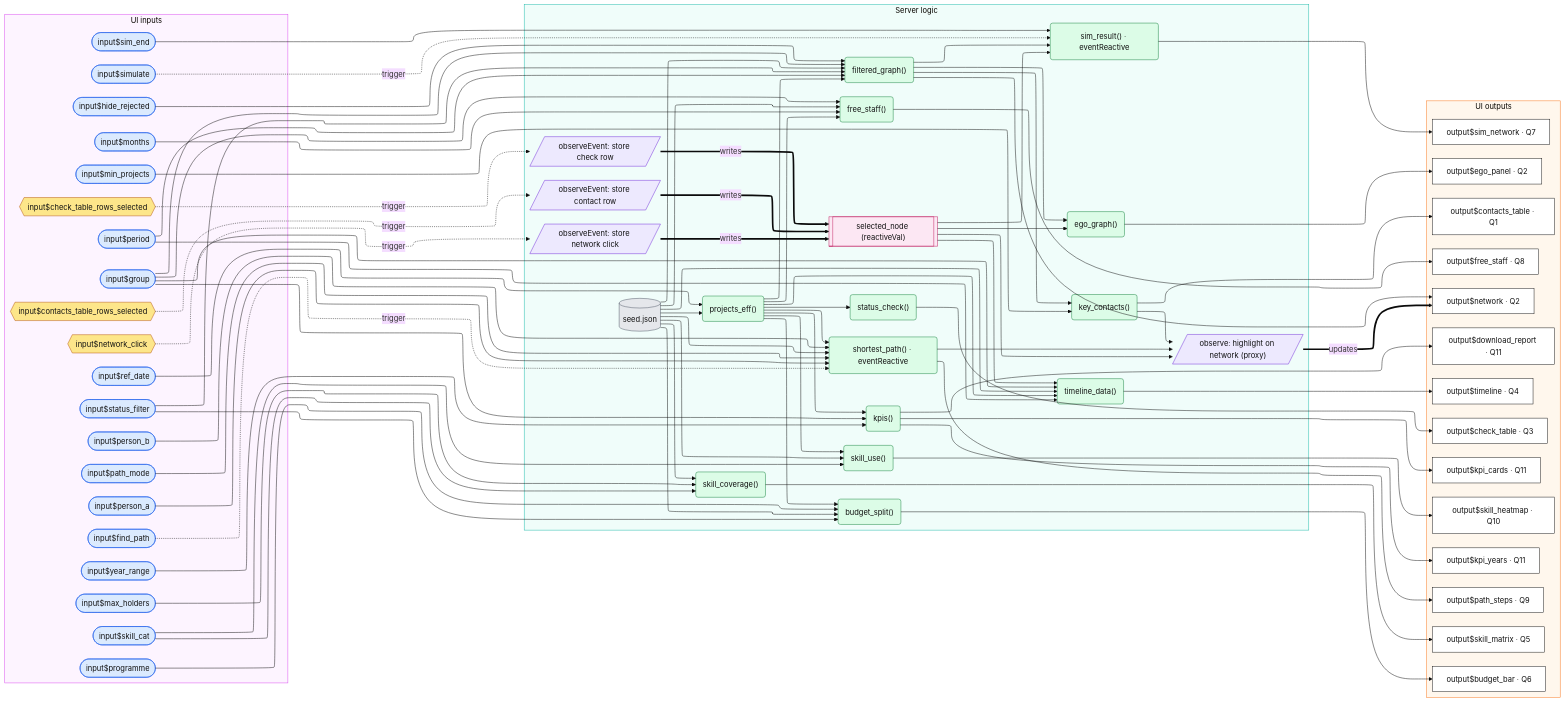
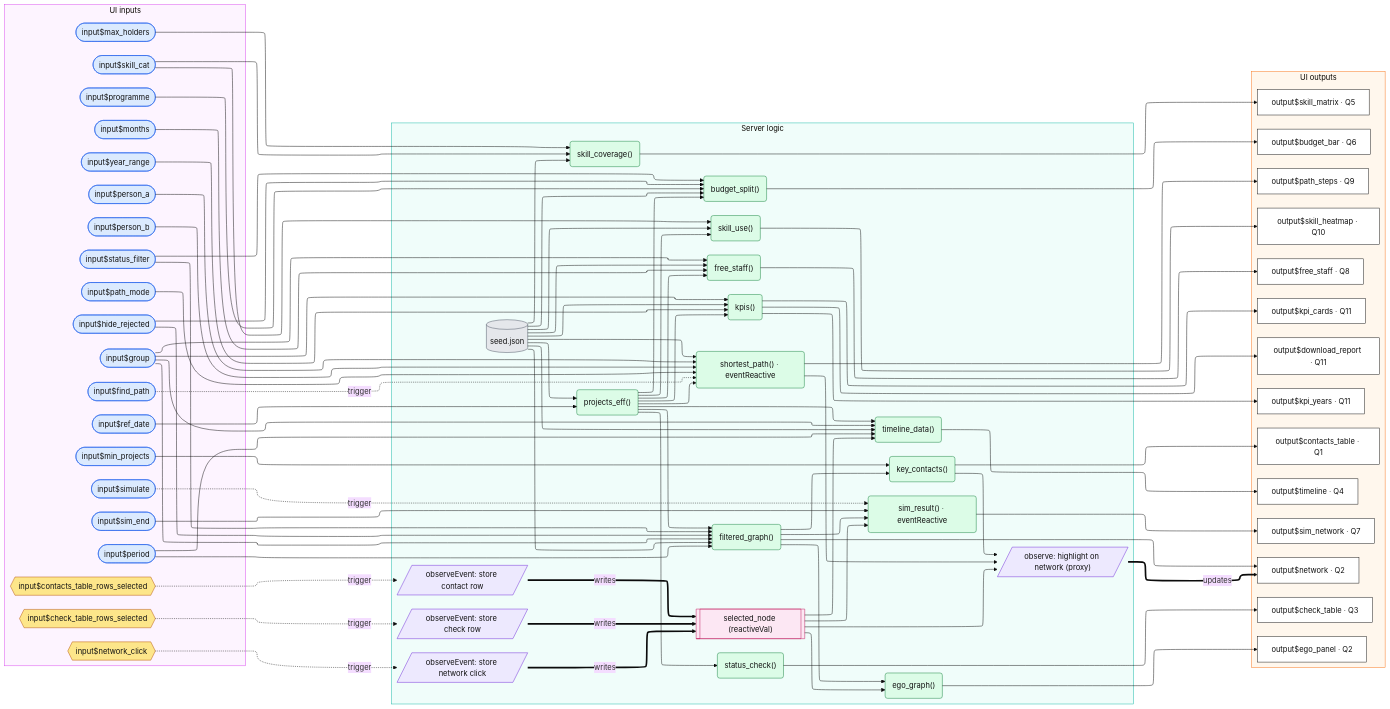
Before and after one commit to Patrick-Ngibuini/Organisational-dashboard-R3: the diagram in docs/app_diagram.mmd, drawn with Mermaid (base theme). The commit also changed 8 other files, not shown here.

```diff
--- a/docs/app_diagram.mmd
+++ b/docs/app_diagram.mmd
@@ -1,179 +1,181 @@
 ---
 config:
   layout: elk
 ---
 flowchart LR
   subgraph UI_IN["UI inputs"]
     I_ref(["input$ref_date"])
     I_rej(["input$hide_rejected"])
     I_stat(["input$status_filter"])
     I_per(["input$period"])
     I_grp(["input$group"])
     I_minp(["input$min_projects"])
     I_cat(["input$skill_cat"])
     I_maxh(["input$max_holders"])
     I_prog(["input$programme"])
     I_send(["input$sim_end"])
     I_sim(["input$simulate"])
     I_mon(["input$months"])
     I_pa(["input$person_a"])
     I_pb(["input$person_b"])
     I_mode(["input$path_mode"])
     I_find(["input$find_path"])
     I_yr(["input$year_range"])
     E_net{{"input$network_click"}}
     E_ct{{"input$contacts_table_rows_selected"}}
     E_ck{{"input$check_table_rows_selected"}}
   end
 
   subgraph SERVER["Server logic"]
     D_seed[("seed.json")]
     R_eff("projects_eff()")
     R_fg("filtered_graph()")
     O_net[/"observeEvent: store network click"/]
     O_ct[/"observeEvent: store contact row"/]
     O_ck[/"observeEvent: store check row"/]
     S_sel[["selected_node (reactiveVal)"]]
     O_hl[/"observe: highlight on network (proxy)"/]
     R_kc("key_contacts()")
     R_ego("ego_graph()")
     R_chk("status_check()")
     R_tl("timeline_data()")
     R_sk("skill_coverage()")
     R_bud("budget_split()")
     R_sim("sim_result() · eventReactive")
     R_free("free_staff()")
     R_path("shortest_path() · eventReactive")
     R_use("skill_use()")
     R_kpi("kpis()")
   end
 
   subgraph UI_OUT["UI outputs"]
     P_net["output$network · Q2"]
     P_ego["output$ego_panel · Q2"]
     P_ct["output$contacts_table · Q1"]
     P_ck["output$check_table · Q3"]
     P_tl["output$timeline · Q4"]
     P_sk["output$skill_matrix · Q5"]
     P_bud["output$budget_bar · Q6"]
     P_sim["output$sim_network · Q7"]
     P_free["output$free_staff · Q8"]
     P_path["output$path_steps · Q9"]
     P_use["output$skill_heatmap · Q10"]
     P_kpi["output$kpi_cards · Q11"]
     P_yrs["output$kpi_years · Q11"]
     P_dl["output$download_report · Q11"]
   end
 
   %% shared backbone
   D_seed --> R_eff
   I_ref --> R_eff
   D_seed --> R_fg
   R_eff --> R_fg
   I_rej --> R_fg
   I_stat --> R_fg
   I_per --> R_fg
   I_grp --> R_fg
   R_fg --> P_net
 
   %% shared selection (events -> observers -> state)
   E_net -.->|trigger| O_net
   E_ct -.->|trigger| O_ct
   E_ck -.->|trigger| O_ck
   O_net ==>|writes| S_sel
   O_ct ==>|writes| S_sel
   O_ck ==>|writes| S_sel
   S_sel --> O_hl
   R_kc --> O_hl
   R_path --> O_hl
   O_hl ==>|updates| P_net
 
   %% Q1 key contacts
   R_fg --> R_kc
   I_minp --> R_kc
   R_kc --> P_ct
 
   %% Q2 company ego network
   R_fg --> R_ego
   S_sel --> R_ego
   R_ego --> P_ego
 
   %% Q3 status check
   R_eff --> R_chk
   R_chk --> P_ck
 
   %% Q4 timeline
   R_eff --> R_tl
   I_grp --> R_tl
   I_per --> R_tl
   S_sel --> R_tl
   D_seed --> R_tl
   R_tl --> P_tl
 
   %% Q5 rare skills
   D_seed --> R_sk
   I_cat --> R_sk
   I_maxh --> R_sk
   R_sk --> P_sk
 
   %% Q6 budget split
   R_eff --> R_bud
   I_prog --> R_bud
   I_stat --> R_bud
+  I_rej --> R_bud
   D_seed --> R_bud
   R_bud --> P_bud
 
   %% Q7 what-if: project ends
   I_sim -.->|trigger| R_sim
   R_fg --> R_sim
   S_sel --> R_sim
   I_send --> R_sim
   R_sim --> P_sim
 
   %% Q8 staff available
   D_seed --> R_free
   R_eff --> R_free
   I_grp --> R_free
   I_mon --> R_free
   R_free --> P_free
 
   %% Q9 shortest path
   I_find -.->|trigger| R_path
   D_seed --> R_path
   R_eff --> R_path
   I_pa --> R_path
   I_pb --> R_path
   I_mode --> R_path
   R_path --> P_path
 
   %% Q10 skills on running projects
   D_seed --> R_use
   R_eff --> R_use
   I_cat --> R_use
   R_use --> P_use
 
   %% Q11 KPIs + export
   R_eff --> R_kpi
   I_grp --> R_kpi
   I_yr --> R_kpi
+  D_seed --> R_kpi
   R_kpi --> P_kpi
   R_kpi --> P_yrs
   R_kpi --> P_dl
 
   classDef widget fill:#dbeafe,stroke:#2563eb,color:#111
   classDef event fill:#fde68a,stroke:#b45309,color:#111
   classDef data fill:#e5e7eb,stroke:#4b5563,color:#111
   classDef conductor fill:#dcfce7,stroke:#15803d,color:#111
   classDef observer fill:#ede9fe,stroke:#6d28d9,color:#111
   classDef state fill:#fce7f3,stroke:#be185d,color:#111
   classDef output fill:#ffffff,stroke:#111,color:#111
   class I_ref,I_rej,I_stat,I_per,I_grp,I_minp,I_cat,I_maxh,I_prog,I_send,I_sim,I_mon,I_pa,I_pb,I_mode,I_find,I_yr widget
   class E_net,E_ct,E_ck event
   class D_seed data
   class R_eff,R_fg,R_kc,R_ego,R_chk,R_tl,R_sk,R_bud,R_sim,R_free,R_path,R_use,R_kpi conductor
   class O_net,O_ct,O_ck,O_hl observer
   class S_sel state
   class P_net,P_ego,P_ct,P_ck,P_tl,P_sk,P_bud,P_sim,P_free,P_path,P_use,P_kpi,P_yrs,P_dl output
   style UI_IN fill:#fdf4ff,stroke:#d946ef
   style SERVER fill:#f0fdfa,stroke:#14b8a6
   style UI_OUT fill:#fff7ed,stroke:#f97316
```
